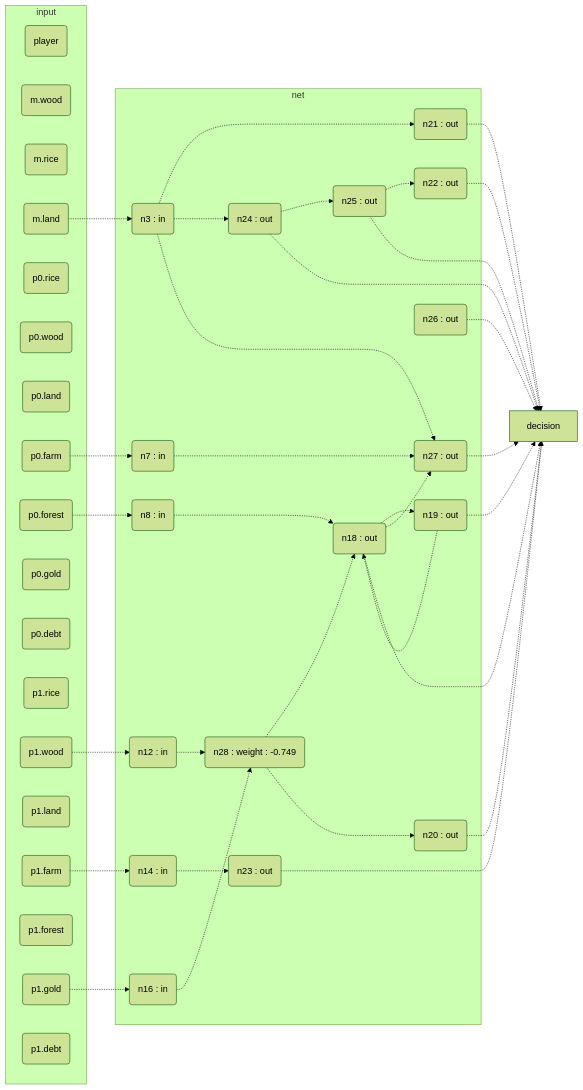
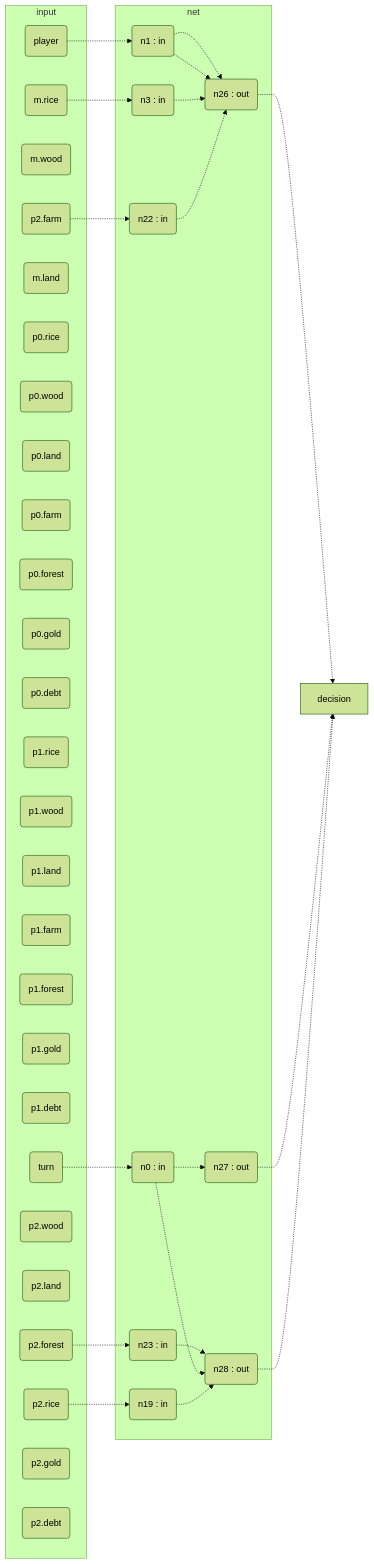
Before and after one commit to loicbourgois/gaime: the diagram in simple-market/latest/0_nn_small.mmd, drawn with Mermaid (forest theme). The commit also changed 29 other files, not shown here.

```diff
--- a/simple-market/latest/0_nn_small.mmd
+++ b/simple-market/latest/0_nn_small.mmd
@@ -1,71 +1,57 @@
 flowchart LR
 subgraph input
-i0(player)
-i1(m.wood)
-i2(m.rice)
-i3(m.land)
-i4(p0.rice)
-i5(p0.wood)
-i6(p0.land)
-i7(p0.farm)
-i8(p0.forest)
-i9(p0.gold)
-i10(p0.debt)
-i11(p1.rice)
-i12(p1.wood)
-i13(p1.land)
-i14(p1.farm)
-i15(p1.forest)
-i16(p1.gold)
-i17(p1.debt)
+i0(turn)
+i1(player)
+i2(m.wood)
+i3(m.rice)
+i4(m.land)
+i5(p0.rice)
+i6(p0.wood)
+i7(p0.land)
+i8(p0.farm)
+i9(p0.forest)
+i10(p0.gold)
+i11(p0.debt)
+i12(p1.rice)
+i13(p1.wood)
+i14(p1.land)
+i15(p1.farm)
+i16(p1.forest)
+i17(p1.gold)
+i18(p1.debt)
+i19(p2.rice)
+i20(p2.wood)
+i21(p2.land)
+i22(p2.farm)
+i23(p2.forest)
+i24(p2.gold)
+i25(p2.debt)
 end
 subgraph net
+i0 -.-> n0 
+n0(n0 : in)
+i1 -.-> n1 
+n1(n1 : in)
 i3 -.-> n3 
 n3(n3 : in)
-i7 -.-> n7 
-n7(n7 : in)
-i8 -.-> n8 
-n8(n8 : in)
-i12 -.-> n12 
-n12(n12 : in)
-i14 -.-> n14 
-n14(n14 : in)
-i16 -.-> n16 
-n16(n16 : in)
-n8 -.-> n18 
-n19 -.-> n18 
-n28 -.-> n18 
-n18(n18 : out)
-n18 -.-> n19 
-n19(n19 : out)
-n28 -.-> n20 
-n20(n20 : out)
-n3 -.-> n21 
-n21(n21 : out)
-n25 -.-> n22 
-n22(n22 : out)
-n14 -.-> n23 
-n23(n23 : out)
-n3 -.-> n24 
-n24(n24 : out)
-n24 -.-> n25 
-n25(n25 : out)
+i19 -.-> n19 
+n19(n19 : in)
+i22 -.-> n22 
+n22(n22 : in)
+i23 -.-> n23 
+n23(n23 : in)
+n1 -.-> n26 
+n1 -.-> n26 
+n3 -.-> n26 
+n22 -.-> n26 
 n26(n26 : out)
-n7 -.-> n27 
-n18 -.-> n27 
-n3 -.-> n27 
+n0 -.-> n27 
 n27(n27 : out)
-n16 -.-> n28 
-n12 -.-> n28 
-n28(n28 : weight : -0.749)
+n23 -.-> n28 
+n0 -.-> n28 
+n19 -.-> n28 
+n28(n28 : out)
 end
-n18 -.-> decision
-n19 -.-> decision
-n20 -.-> decision
-n21 -.-> decision
-n22 -.-> decision
-n23 -.-> decision
-n24 -.-> decision
-n25 -.-> decision
 n26 -.-> decision
 n27 -.-> decision
+n28 -.-> decision
```
